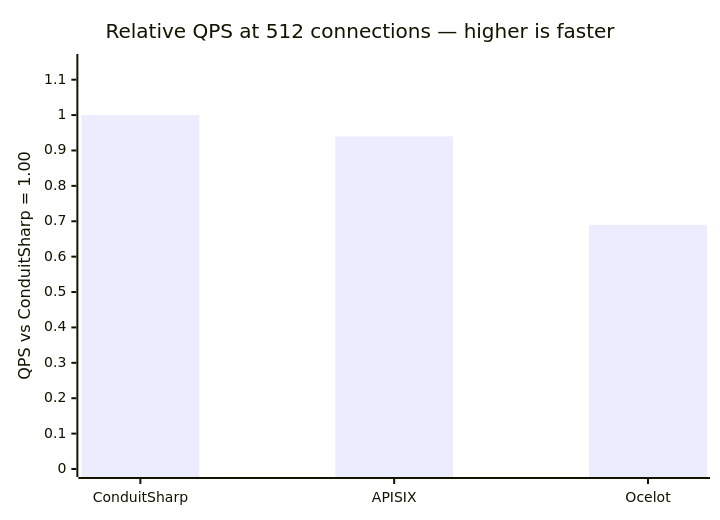
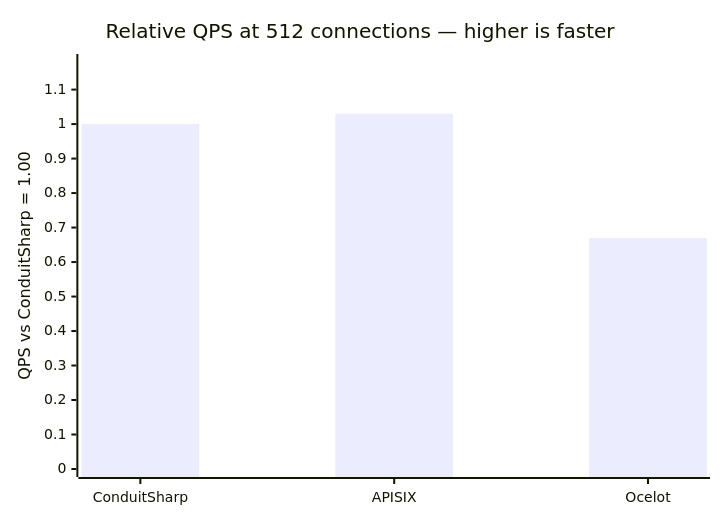
The second of 8 diagrams in README.md (liqngliz/ConduitSharp), drawn with Mermaid before and after one commit. The commit also changed other lines of this file and 1 other file, not shown here.

````diff
--- a/README.md
+++ b/README.md
@@ -76,7 +76,7 @@
 ```mermaid
 xychart-beta
     title "Relative QPS at 512 connections — higher is faster"
     x-axis ["ConduitSharp", "APISIX", "Ocelot"]
-    y-axis "QPS vs ConduitSharp = 1.00" 0 --> 1.15
-    bar [1.00, 0.94, 0.69]
+    y-axis "QPS vs ConduitSharp = 1.00" 0 --> 1.18
+    bar [1.00, 1.03, 0.67]
 ```
````
